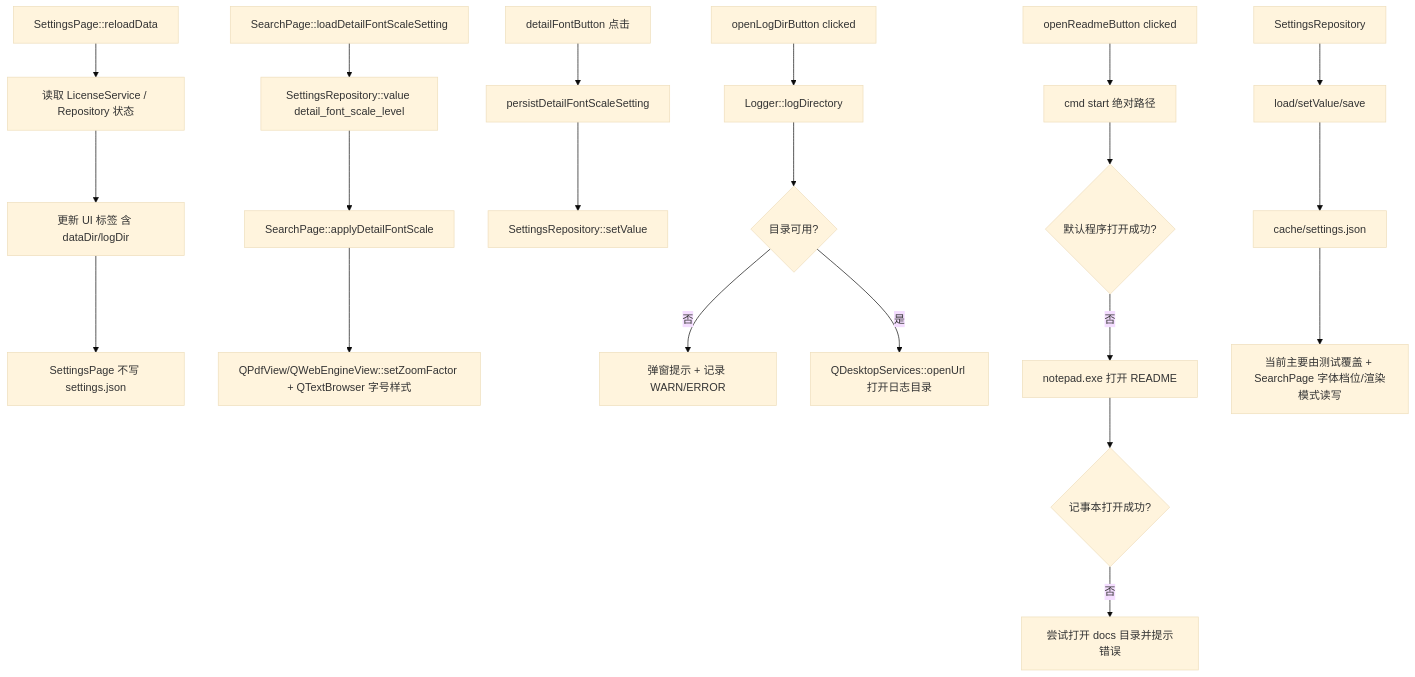
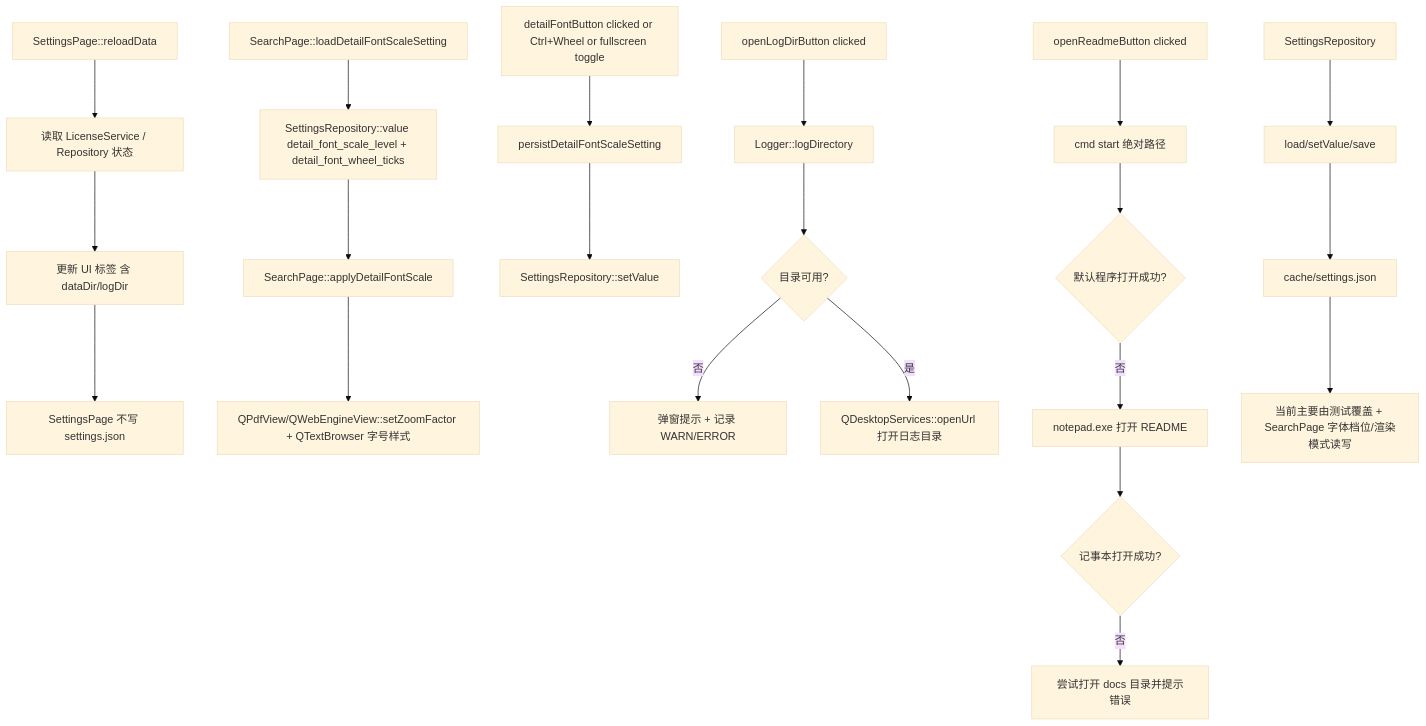
The seventh of 9 diagrams in docs/runtime_flow.md (yfchenggithub/math_search_win), drawn with Mermaid (base theme) before and after one commit. The commit also changed other lines of this file and 8 other files, not shown here.

````diff
--- a/docs/runtime_flow.md
+++ b/docs/runtime_flow.md
@@ -251,27 +254,27 @@
 ```mermaid
 flowchart TD
   UIA[SettingsPage::reloadData] --> UIB[读取 LicenseService / Repository 状态]
   UIB --> UIC[更新 UI 标签 含 dataDir/logDir]
   UIC --> UID[SettingsPage 不写 settings.json]
 
-  S1[SearchPage::loadDetailFontScaleSetting] --> S2[SettingsRepository::value detail_font_scale_level]
+  S1[SearchPage::loadDetailFontScaleSetting] --> S2[SettingsRepository::value detail_font_scale_level + detail_font_wheel_ticks]
   S2 --> S3[SearchPage::applyDetailFontScale]
   S3 --> S4[QPdfView/QWebEngineView::setZoomFactor + QTextBrowser 字号样式]
-  S5[detailFontButton 点击] --> S6[persistDetailFontScaleSetting]
+  S5[detailFontButton clicked or Ctrl+Wheel or fullscreen toggle] --> S6[persistDetailFontScaleSetting]
   S6 --> S7[SettingsRepository::setValue]
 
   LOG1[openLogDirButton clicked] --> LOG2[Logger::logDirectory]
   LOG2 --> LOG3{目录可用?}
   LOG3 -- 否 --> LOG4[弹窗提示 + 记录 WARN/ERROR]
   LOG3 -- 是 --> LOG5[QDesktopServices::openUrl 打开日志目录]
 
   RE1[openReadmeButton clicked] --> RE2[cmd start 绝对路径]
   RE2 --> RE3{默认程序打开成功?}
   RE3 -- 否 --> RE4[notepad.exe 打开 README]
   RE4 --> RE5{记事本打开成功?}
   RE5 -- 否 --> RE6[尝试打开 docs 目录并提示错误]
 
   REP1[SettingsRepository] --> REP2[load/setValue/save]
   REP2 --> REP3[cache/settings.json]
   REP3 --> REP4[当前主要由测试覆盖 + SearchPage 字体档位/渲染模式读写]
 ```
````
